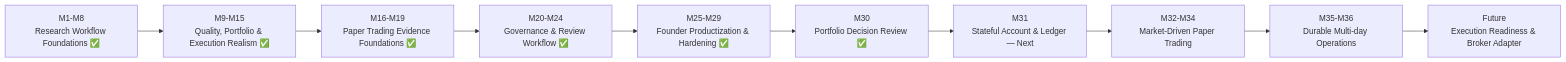
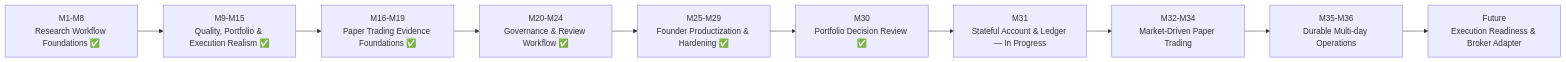
One commit to yanxinnnnnn/El-Psy-Quant changed the diagram in docs/roadmap.md. Above: the diagram before and after it, drawn with Mermaid. The commit also changed other lines of this file and 16 other files, not shown here.

````diff
--- a/docs/roadmap.md
+++ b/docs/roadmap.md
@@ -17,12 +17,12 @@
 ```mermaid
 flowchart LR
     M1["M1-M8<br/>Research Workflow Foundations ✅"] --> M9["M9-M15<br/>Quality, Portfolio & Execution Realism ✅"]
     M9 --> M16["M16-M19<br/>Paper Trading Evidence Foundations ✅"]
     M16 --> M20["M20-M24<br/>Governance & Review Workflow ✅"]
     M20 --> M25["M25-M29<br/>Founder Productization & Hardening ✅"]
     M25 --> M30["M30<br/>Portfolio Decision Review ✅"]
-    M30 --> M31["M31<br/>Stateful Account & Ledger — Next"]
+    M30 --> M31["M31<br/>Stateful Account & Ledger — In Progress"]
     M31 --> M32["M32-M34<br/>Market-Driven Paper Trading"]
     M32 --> M35["M35-M36<br/>Durable Multi-day Operations"]
     M35 --> FUTURE["Future<br/>Execution Readiness & Broker Adapter"]
 ```
````
